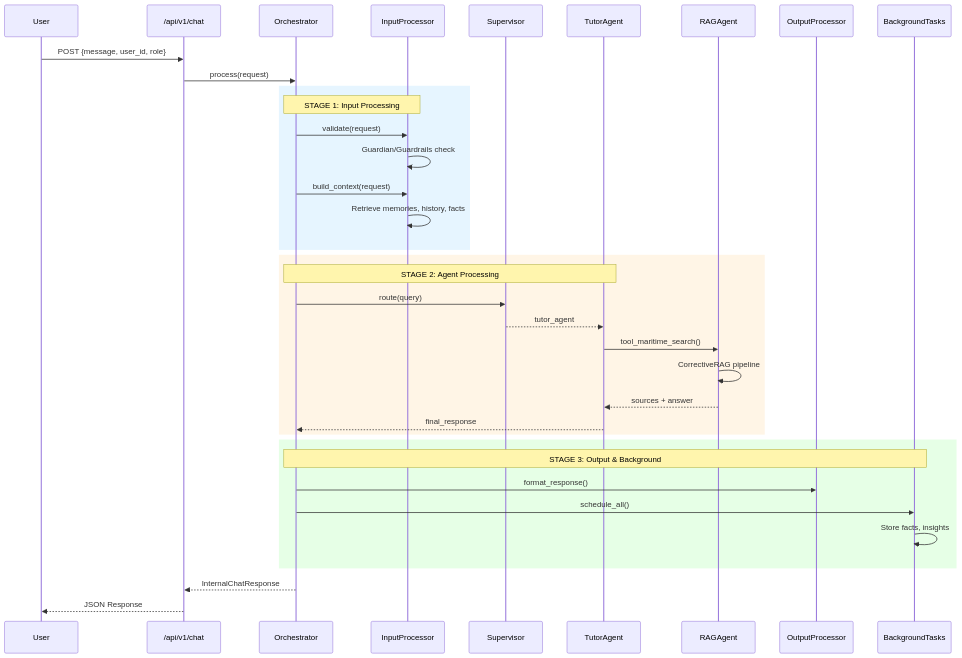
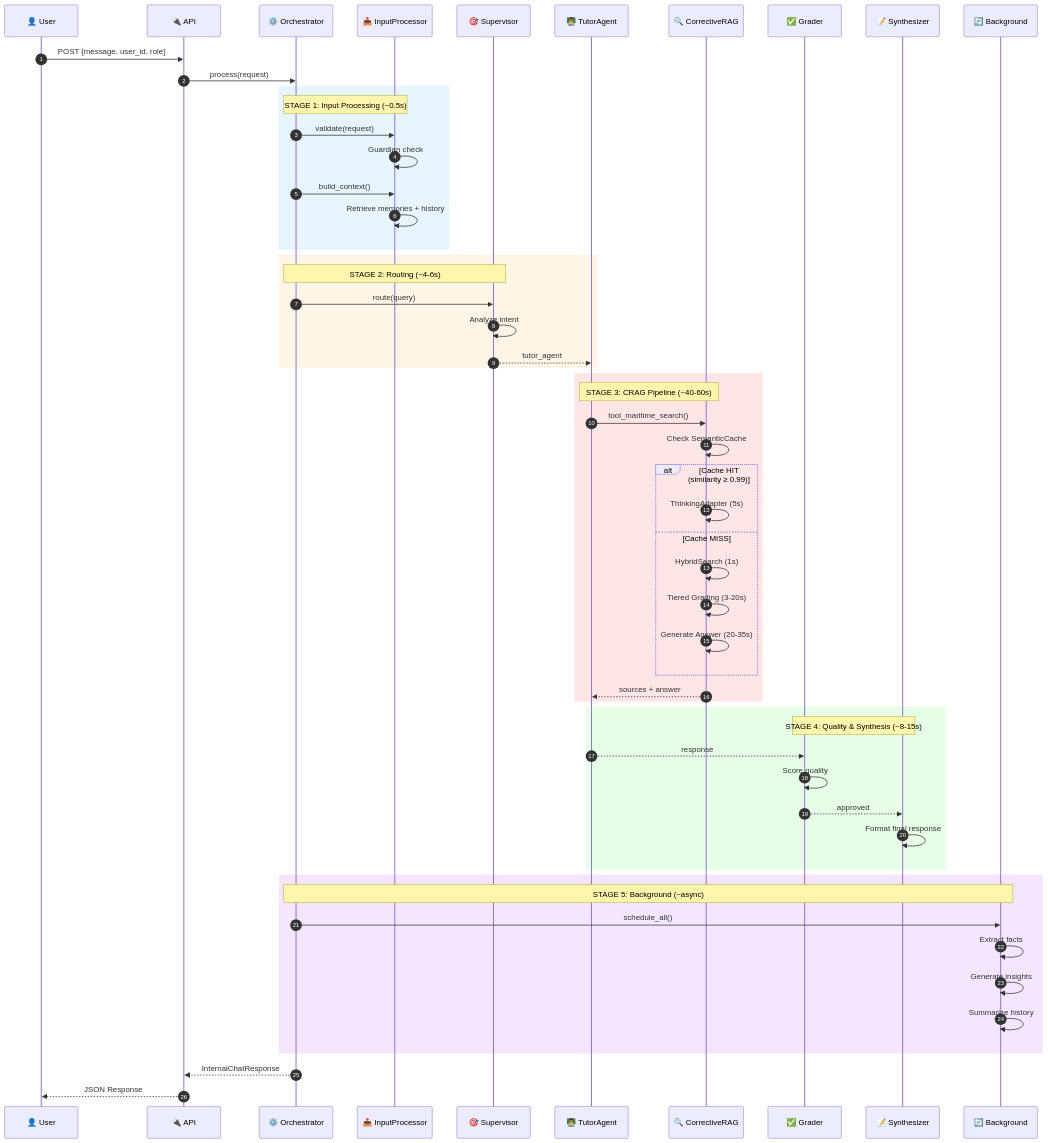
The second of 6 diagrams in docs/architecture/SYSTEM_FLOW.md (meiiie/LMS_AI), drawn with Mermaid before and after one commit. The commit also changed other lines of this file and 14 other files, not shown here.

````diff
--- a/docs/architecture/SYSTEM_FLOW.md
+++ b/docs/architecture/SYSTEM_FLOW.md
@@ -56,43 +62,65 @@
 ```mermaid
 sequenceDiagram
-    participant U as User
-    participant API as /api/v1/chat
-    participant O as Orchestrator
-    participant I as InputProcessor
-    participant S as Supervisor
-    participant T as TutorAgent
-    participant R as RAGAgent
-    participant Out as OutputProcessor
-    participant BG as BackgroundTasks
-    
+    autonumber
+    participant U as 👤 User
+    participant API as 🔌 API
+    participant O as ⚙️ Orchestrator
+    participant I as 📥 InputProcessor
+    participant S as 🎯 Supervisor
+    participant T as 👨‍🏫 TutorAgent
+    participant CRAG as 🔍 CorrectiveRAG
+    participant G as ✅ Grader
+    participant Syn as 📝 Synthesizer
+    participant BG as 🔄 Background
+
     U->>API: POST {message, user_id, role}
     API->>O: process(request)
     
     rect rgb(230, 245, 255)
-        Note over O,I: STAGE 1: Input Processing
+        Note over O,I: STAGE 1: Input Processing (~0.5s)
         O->>I: validate(request)
-        I->>I: Guardian/Guardrails check
-        O->>I: build_context(request)
-        I->>I: Retrieve memories, history, facts
+        I->>I: Guardian check
+        O->>I: build_context()
+        I->>I: Retrieve memories + history
     end
     
     rect rgb(255, 245, 230)
-        Note over O,T: STAGE 2: Agent Processing
+        Note over O,S: STAGE 2: Routing (~4-6s)
         O->>S: route(query)
+        S->>S: Analyze intent
         S-->>T: tutor_agent
-        T->>R: tool_maritime_search()
-        R->>R: CorrectiveRAG pipeline
-        R-->>T: sources + answer
-        T-->>O: final_response
+    end
+    
+    rect rgb(255, 230, 230)
+        Note over T,CRAG: STAGE 3: CRAG Pipeline (~40-60s)
+        T->>CRAG: tool_maritime_search()
+        CRAG->>CRAG: Check SemanticCache
+        alt Cache HIT (similarity ≥ 0.99)
+            CRAG->>CRAG: ThinkingAdapter (5s)
+        else Cache MISS
+            CRAG->>CRAG: HybridSearch (1s)
+            CRAG->>CRAG: Tiered Grading (3-20s)
+            CRAG->>CRAG: Generate Answer (20-35s)
+        end
+        CRAG-->>T: sources + answer
     end
     
     rect rgb(230, 255, 230)
-        Note over O,BG: STAGE 3: Output & Background
-        O->>Out: format_response()
+        Note over G,Syn: STAGE 4: Quality & Synthesis (~8-15s)
+        T-->>G: response
+        G->>G: Score quality
+        G-->>Syn: approved
+        Syn->>Syn: Format final response
+    end
+    
+    rect rgb(245, 230, 255)
+        Note over O,BG: STAGE 5: Background (~async)
         O->>BG: schedule_all()
-        BG->>BG: Store facts, insights
+        BG->>BG: Extract facts
+        BG->>BG: Generate insights
+        BG->>BG: Summarize history
     end
     
     O-->>API: InternalChatResponse
     API-->>U: JSON Response
 ```
````
